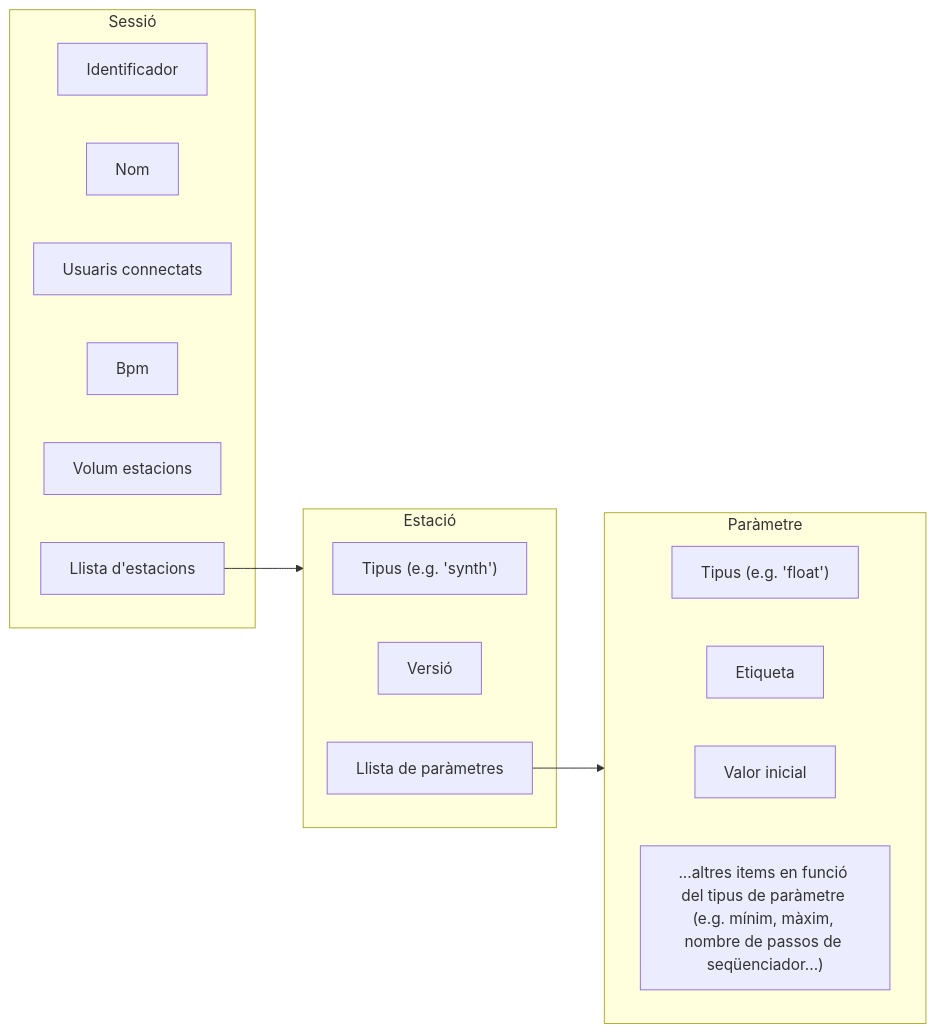
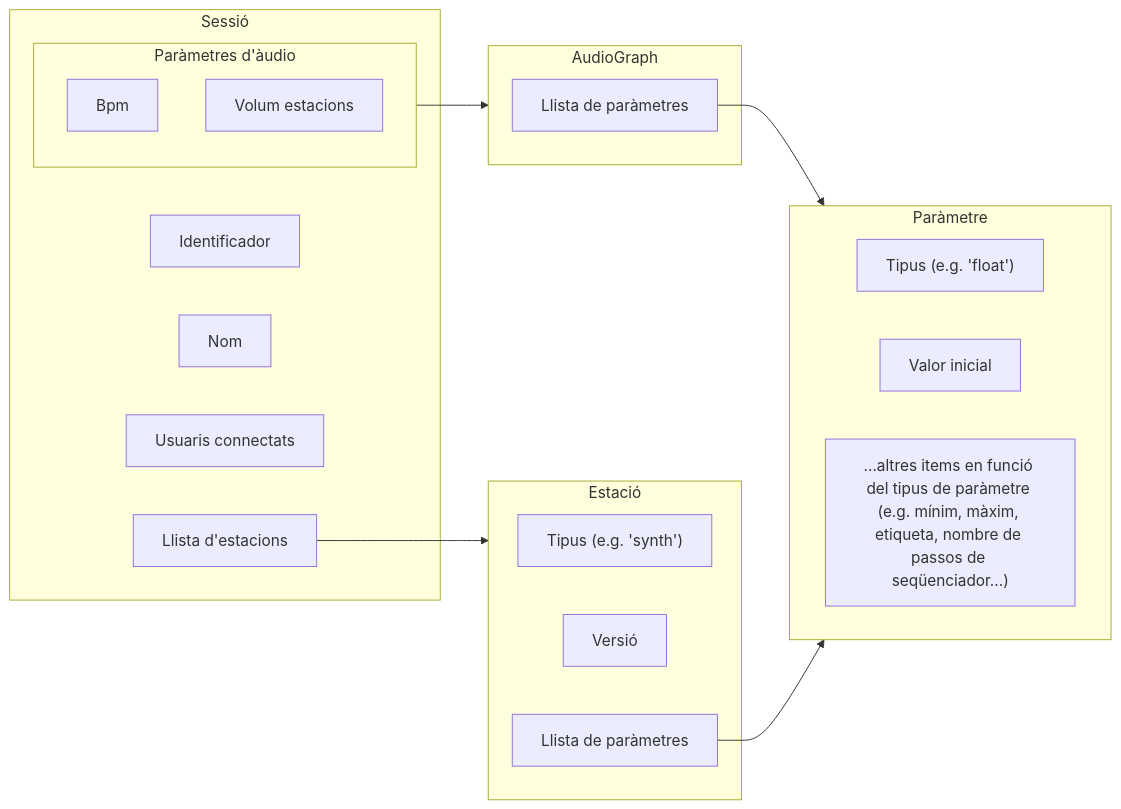
One commit to versembrant/GRUF changed the second of 6 diagrams in README.md. Above: the diagram before and after it, drawn with Mermaid.

Commit message:
add audiograph params to data model diagram

````diff
--- a/README.md
+++ b/README.md
@@ -83,25 +83,31 @@
 ```mermaid
 flowchart LR
 subgraph Sessió
     Identificador
     Nom
     usuaris["Usuaris connectats"]
-    Bpm
+    subgraph audioparams [Paràmetres d'àudio]
+      Bpm
     volum["Volum estacions"]
+    end
     llista_estacions["Llista d'estacions"]
 end
+subgraph AudioGraph
+  params_audio["Llista de paràmetres"]
+end
 subgraph Estació
-    tipus["Tipus (e.g. 'synth')"]
+    tipus_estacio["Tipus (e.g. 'synth')"]
     Versió
-    llista_params["Llista de paràmetres"]
+    params_estacio["Llista de paràmetres"]
 end
 subgraph Paràmetre
     direction LR
-    tipus2["Tipus (e.g. 'float')"]
-    Etiqueta
+    tipus_parametre["Tipus (e.g. 'float')"]
     valor["Valor inicial"]
-    altres_items["...altres items en funció del tipus de paràmetre (e.g. mínim, màxim, nombre de passos de seqüenciador...)"]
+    altres_items["...altres items en funció del tipus de paràmetre (e.g. mínim, màxim, etiqueta, nombre de passos de seqüenciador...)"]
 end
+audioparams-->AudioGraph
 llista_estacions-->Estació
-llista_params-->Paràmetre
+params_audio-->Paràmetre
+params_estacio-->Paràmetre
 ```
````
